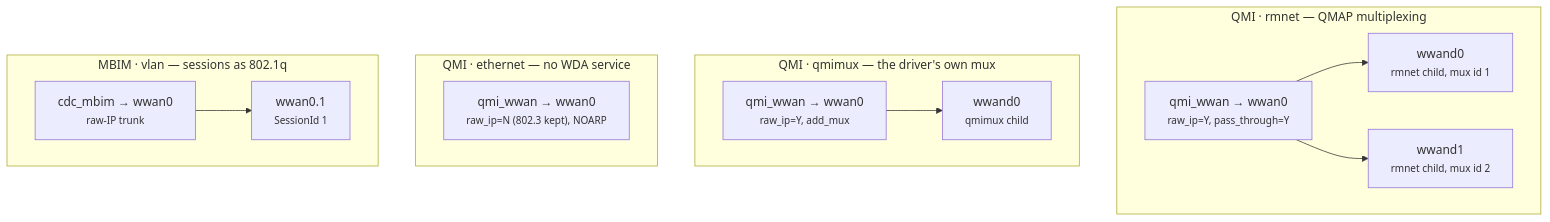
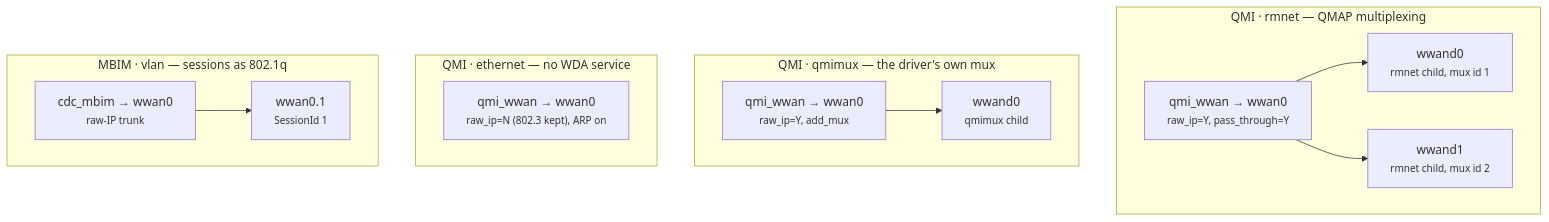
One commit to ddimension/wwand changed the third of 6 diagrams in docs/datapath-interface.md. Above: the diagram before and after it, drawn with Mermaid. The commit also changed other lines of this file and 26 other files, not shown here.

````diff
--- a/docs/datapath-interface.md
+++ b/docs/datapath-interface.md
@@ -85,19 +88,19 @@
 ```mermaid
 flowchart TD
   subgraph A["QMI · rmnet — QMAP multiplexing"]
     A1["qmi_wwan → wwan0<br/><small>raw_ip=Y, pass_through=Y</small>"]
     A1 --> A2["wwand0<br/><small>rmnet child, mux id 1</small>"]
     A1 --> A3["wwand1<br/><small>rmnet child, mux id 2</small>"]
   end
   subgraph B["QMI · qmimux — the driver's own mux"]
     B1["qmi_wwan → wwan0<br/><small>raw_ip=Y, add_mux</small>"]
     B1 --> B2["wwand0<br/><small>qmimux child</small>"]
   end
   subgraph C["QMI · ethernet — no WDA service"]
-    C1["qmi_wwan → wwan0<br/><small>raw_ip=N (802.3 kept), NOARP</small>"]
+    C1["qmi_wwan → wwan0<br/><small>raw_ip=N (802.3 kept), ARP on</small>"]
   end
   subgraph D["MBIM · vlan — sessions as 802.1q"]
     D1["cdc_mbim → wwan0<br/><small>raw-IP trunk</small>"]
     D1 --> D2["wwan0.1<br/><small>SessionId 1</small>"]
   end
 ```
````
